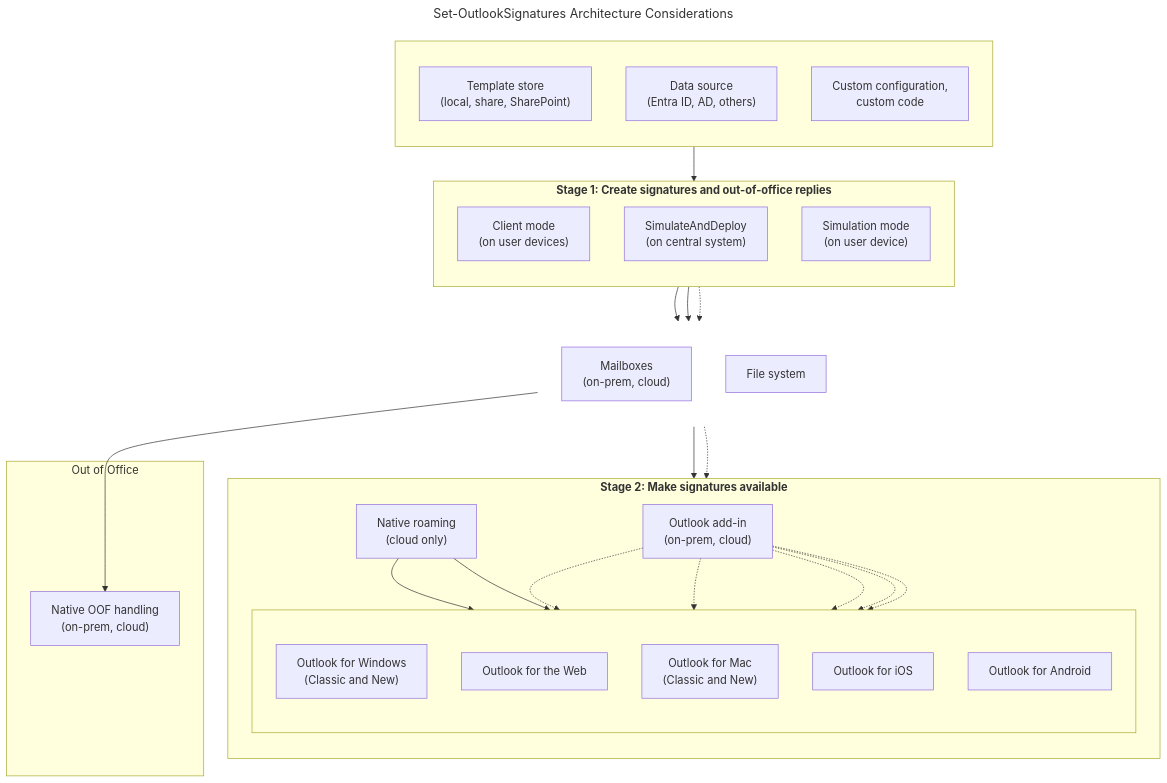
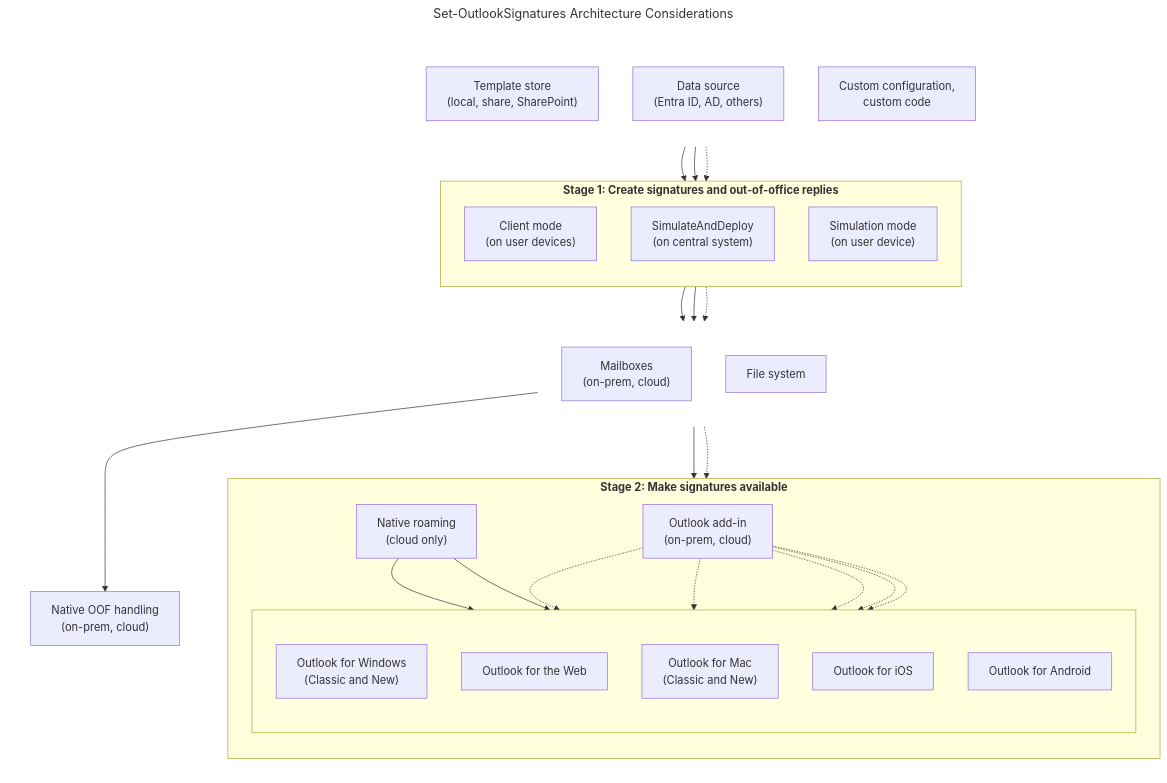
Before and after one commit to ExplicITConsulting/set-outlooksignatures.com: the diagram in details.en.md, drawn with Mermaid.

Commit message:
docs(details): Rephrasing

````diff
--- a/details.en.md
+++ b/details.en.md
@@ -96,62 +96,66 @@
 ```mermaid
 ---
 title: Set-OutlookSignatures Architecture Considerations
 ---
 flowchart TB
   classDef invisible fill:none,stroke:none;
 
   subgraph inputs [" "]
     direction TB
     templatestore["Template store<br/>(local, share, SharePoint)"]
     datasource["Data source<br/>(Entra ID, AD, others)"]
     config["Custom configuration,<br/>custom code"]
   end
 
   subgraph gen ["<b>Stage 1: Create signatures and out-of-office replies</b>"]
     direction TB
     clientmode["Client mode<br>(on user devices)"]
     simulateanddeploy["SimulateAndDeploy<br>(on central system)"]
     simulate["Simulation mode<br>(on user device)"]
   end
 
   subgraph mid [" "]
     direction TB
     mailbox["Mailboxes<br>(on-prem, cloud)"]
     filesystem["File system"]
   end
 
   subgraph avail ["<b>Stage 2: Make signatures available</b>"]
     direction TB
 
     roam["Native roaming<br>(cloud only)"]
     addin["Outlook add-in<br>(on-prem, cloud)"]
 
     subgraph outlookeditions [" "]
       direction TB
       WinOutlook["Outlook for Windows<br>(Classic and New)"]
       WebOutlook["Outlook for the Web"]
       Mac["Outlook for Mac<br>(Classic and New)"]
       iOS["Outlook for iOS"]
       Android["Outlook for Android"]
     end
   end
 
-  subgraph oofbox["Out of Office"]
+  subgraph oofbox[" "]
     oof["Native OOF handling<br>(on-prem, cloud)"]
   end
 
+  class oofbox invisible;
+  class inputs invisible;
   class mid invisible;
 
-  inputs --> gen
+  templatestore --> gen
+  datasource --> gen
+  config -.-> gen
 
   clientmode --> mailbox
   simulateanddeploy --> mailbox
   simulate -.-> filesystem
   
   mailbox --> roam
   mailbox --> oof
   mailbox -.-> addin
 
   roam --> WinOutlook & WebOutlook
   addin -.-> WinOutlook & WebOutlook & Mac & iOS & Android
 ```
````
